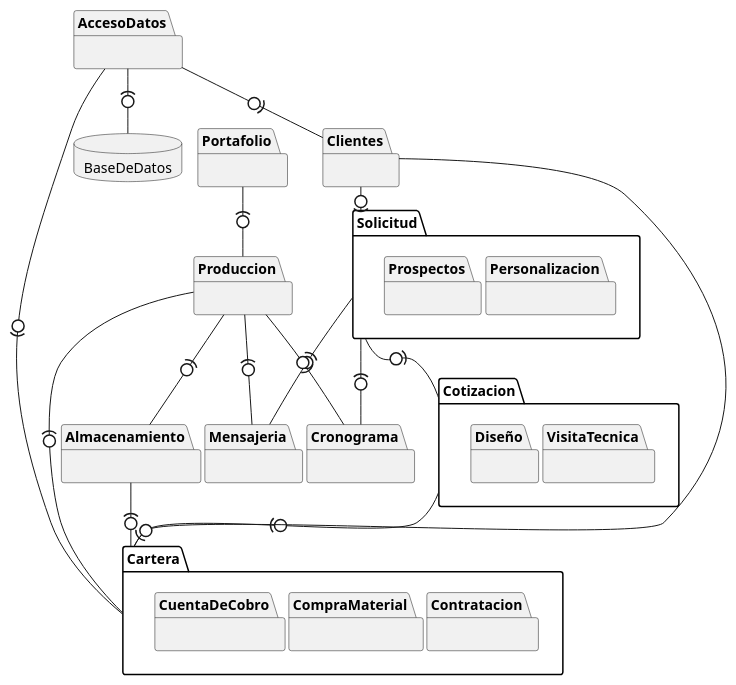
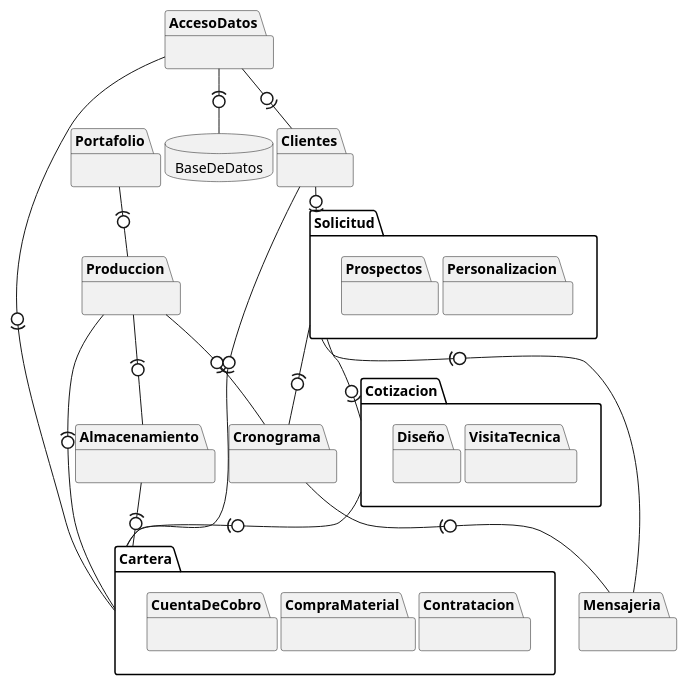
Before and after one commit to Los-Waza/MetalK_Documentation: the diagram in ComponentDiagram/metalK_packages.puml, drawn with PlantUML. The commit also changed 2 other files, not shown here.

Commit message:
Component diagram

```diff
--- a/ComponentDiagram/metalK_packages.puml
+++ b/ComponentDiagram/metalK_packages.puml
@@ -1,54 +1,54 @@
 @startuml MetalK_Packages
     skinparam nodesep 4
     skinparam linestyle orto
 
     <style>
     database {
         
     }
     package{
 
     }
     </style>
 
     database BaseDeDatos as bd{          
     }
     package Solicitud as sol{
         package Personalizacion as per{}
         package Prospectos as pros{}
     }
     package Mensajeria as wasa{}
     package Portafolio as por{}
     package Cotizacion as cot{
         package VisitaTecnica as vt{}
         package Diseño as dis{}
     }
     package Almacenamiento as alm{}
     package Cartera as car{
         package Contratacion as con{}
         package CompraMaterial as cm{}
         package CuentaDeCobro as cdc{}
     }
     package AccesoDatos as ad{}
     package Cronograma as cro{}
     package Produccion as pro{}
     package Clientes as cli{}
     
 
     sol -(0- wasa 
     sol -(0-cro 
     sol -0)- cot 
     por -(0- pro
     pro -(0- alm
-    pro -(0- wasa
+    cro -(0- wasa
     car -0)- pro
     alm -(0- car
     ad -(0- bd  
     pro -0)- cro
     cot -0)- car
     cli -0)- sol
     cli -0)- car
     ad -0)- car
     ad -0)- cli
     
 @enduml
```
